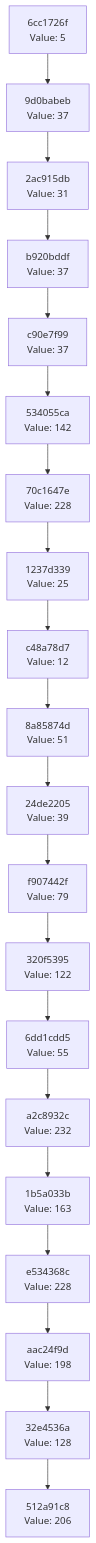
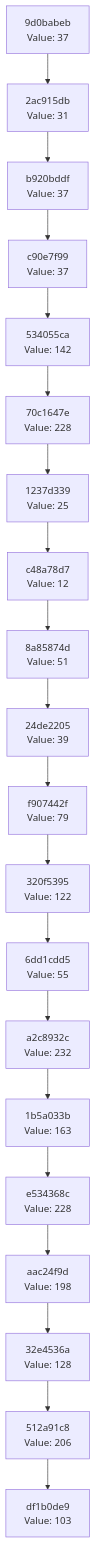
The diagram in docs/CHAIN_VISUALIZATION.md (Abhisheksinha1506/hash-chain-evolver), drawn with Mermaid before and after one commit. The commit also changed 2 other files, not shown here.

Commit message:
Evolution Step

````diff
--- a/docs/CHAIN_VISUALIZATION.md
+++ b/docs/CHAIN_VISUALIZATION.md
@@ -3,42 +3,42 @@
 ```mermaid
 graph TD
-    C0["512a91c8<br/>Value: 206"]
-    C1["32e4536a<br/>Value: 128"]
+    C0["df1b0de9<br/>Value: 103"]
+    C1["512a91c8<br/>Value: 206"]
     C1 --> C0
-    C2["aac24f9d<br/>Value: 198"]
+    C2["32e4536a<br/>Value: 128"]
     C2 --> C1
-    C3["e534368c<br/>Value: 228"]
+    C3["aac24f9d<br/>Value: 198"]
     C3 --> C2
-    C4["1b5a033b<br/>Value: 163"]
+    C4["e534368c<br/>Value: 228"]
     C4 --> C3
-    C5["a2c8932c<br/>Value: 232"]
+    C5["1b5a033b<br/>Value: 163"]
     C5 --> C4
-    C6["6dd1cdd5<br/>Value: 55"]
+    C6["a2c8932c<br/>Value: 232"]
     C6 --> C5
-    C7["320f5395<br/>Value: 122"]
+    C7["6dd1cdd5<br/>Value: 55"]
     C7 --> C6
-    C8["f907442f<br/>Value: 79"]
+    C8["320f5395<br/>Value: 122"]
     C8 --> C7
-    C9["24de2205<br/>Value: 39"]
+    C9["f907442f<br/>Value: 79"]
     C9 --> C8
-    C10["8a85874d<br/>Value: 51"]
+    C10["24de2205<br/>Value: 39"]
     C10 --> C9
-    C11["c48a78d7<br/>Value: 12"]
+    C11["8a85874d<br/>Value: 51"]
     C11 --> C10
-    C12["1237d339<br/>Value: 25"]
+    C12["c48a78d7<br/>Value: 12"]
     C12 --> C11
-    C13["70c1647e<br/>Value: 228"]
+    C13["1237d339<br/>Value: 25"]
     C13 --> C12
-    C14["534055ca<br/>Value: 142"]
+    C14["70c1647e<br/>Value: 228"]
     C14 --> C13
-    C15["c90e7f99<br/>Value: 37"]
+    C15["534055ca<br/>Value: 142"]
     C15 --> C14
-    C16["b920bddf<br/>Value: 37"]
+    C16["c90e7f99<br/>Value: 37"]
     C16 --> C15
-    C17["2ac915db<br/>Value: 31"]
+    C17["b920bddf<br/>Value: 37"]
     C17 --> C16
-    C18["9d0babeb<br/>Value: 37"]
+    C18["2ac915db<br/>Value: 31"]
     C18 --> C17
-    C19["6cc1726f<br/>Value: 5"]
+    C19["9d0babeb<br/>Value: 37"]
     C19 --> C18
 ```
````
